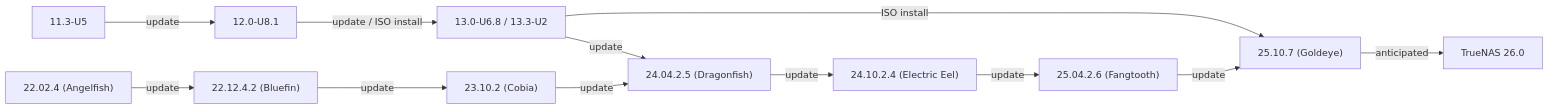
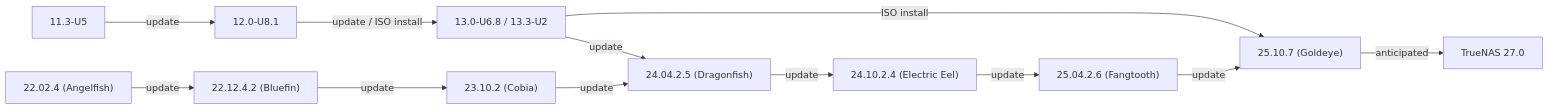
One commit to truenas/documentation changed the first of 2 diagrams in static/includes/SCALEUpgradePaths.md. Above: the diagram before and after it, drawn with Mermaid. The commit also changed other lines of this file, not shown here.

```diff
--- a/static/includes/SCALEUpgradePaths.md
+++ b/static/includes/SCALEUpgradePaths.md
@@ -21,15 +21,15 @@
             {{< mermaid class="mermaid_sizing" >}}
             flowchart LR
               A["11.3-U5"] -->|update| B["12.0-U8.1"]
               B -->|"update / ISO install"| C["13.0-U6.8 / 13.3-U2"]
               C -->|update| G
               C -->|ISO install| J
               D["22.02.4 (Angelfish)"] -->|update| E
               E["22.12.4.2 (Bluefin)"] -->|update| F
               F["23.10.2 (Cobia)"] -->|update| G
               G["24.04.2.5 (Dragonfish)"] -->|update| H
               H["24.10.2.4 (Electric Eel)"] -->|update| I
               I["25.04.2.6 (Fangtooth)"] -->|update| J
               J["25.10.7 (Goldeye)"] -->|"anticipated"| K
-              K["TrueNAS 26.0"]
+              K["TrueNAS 27.0"]
             {{< /mermaid >}}
```
